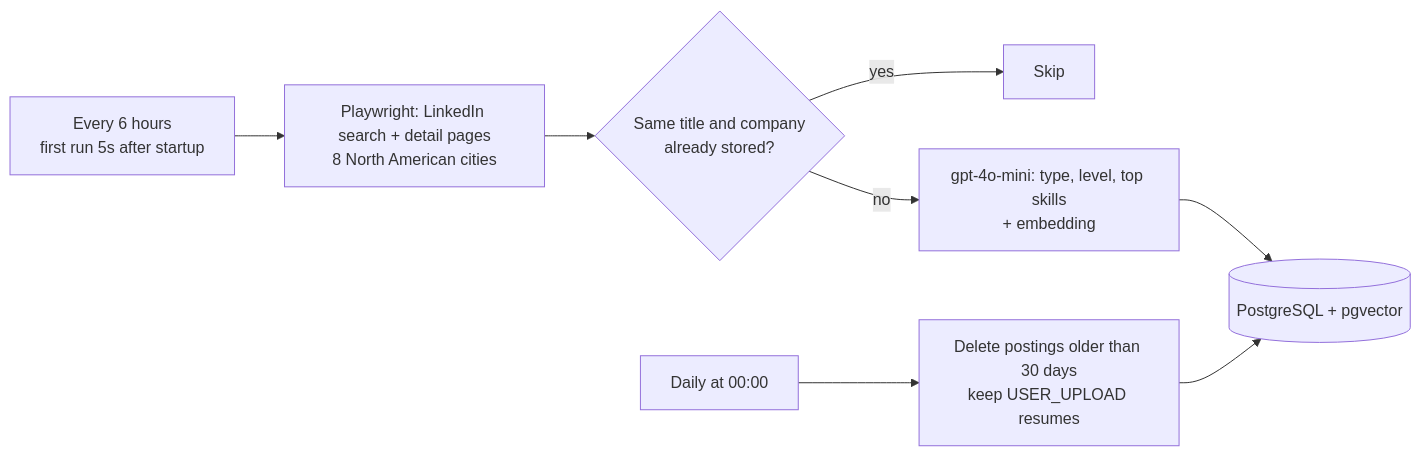
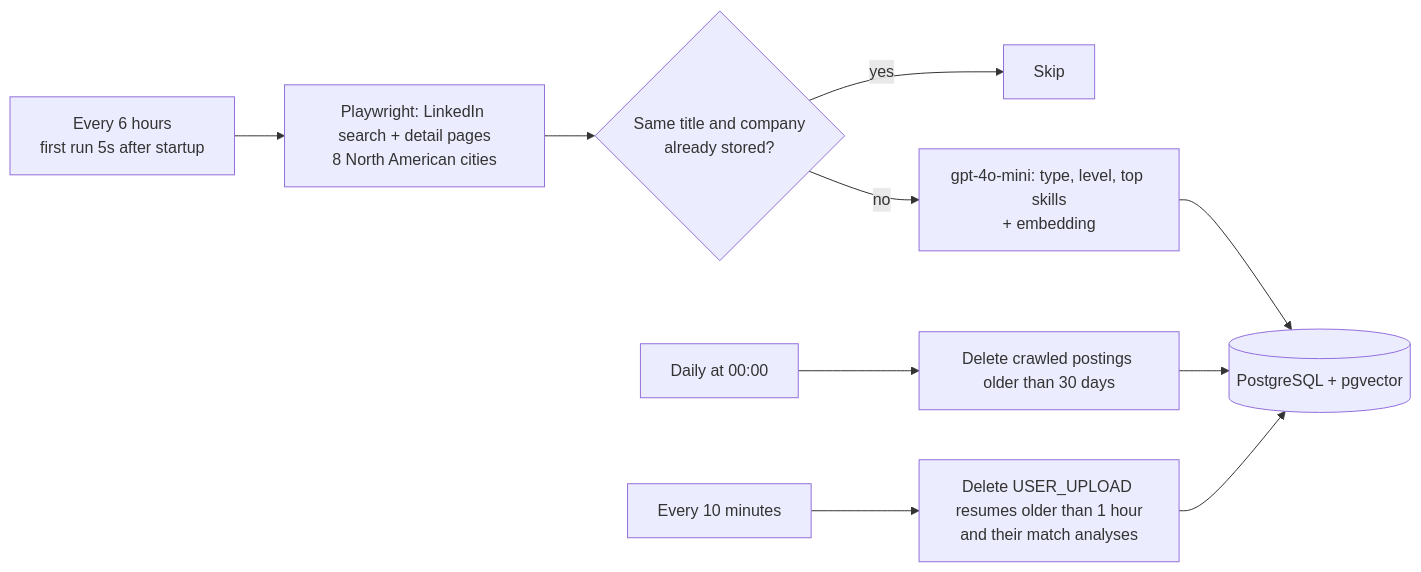
Before and after one commit to junyoungKi/Portfolio-Job-matching-Web: the second of 2 diagrams in README.md, drawn with Mermaid. The commit also changed other lines of this file and 3 other files, not shown here.

First line of the commit message:
Delete uploaded resumes one hour after they are stored.

````diff
--- a/README.md
+++ b/README.md
@@ -60,10 +60,12 @@
 ```mermaid
 flowchart LR
     S1[Every 6 hours<br/>first run 5s after startup] --> C[Playwright: LinkedIn search + detail pages<br/>8 North American cities]
     C --> D{Same title and company<br/>already stored?}
     D -->|yes| X[Skip]
     D -->|no| T[gpt-4o-mini: type, level, top skills<br/>+ embedding]
     T --> DB[(PostgreSQL + pgvector)]
-    S2[Daily at 00:00] --> CL[Delete postings older than 30 days<br/>keep USER_UPLOAD resumes]
+    S2[Daily at 00:00] --> CL[Delete crawled postings older than 30 days]
+    S3[Every 10 minutes] --> RL[Delete USER_UPLOAD resumes older than 1 hour<br/>and their match analyses]
     CL --> DB
+    RL --> DB
 ```
````
